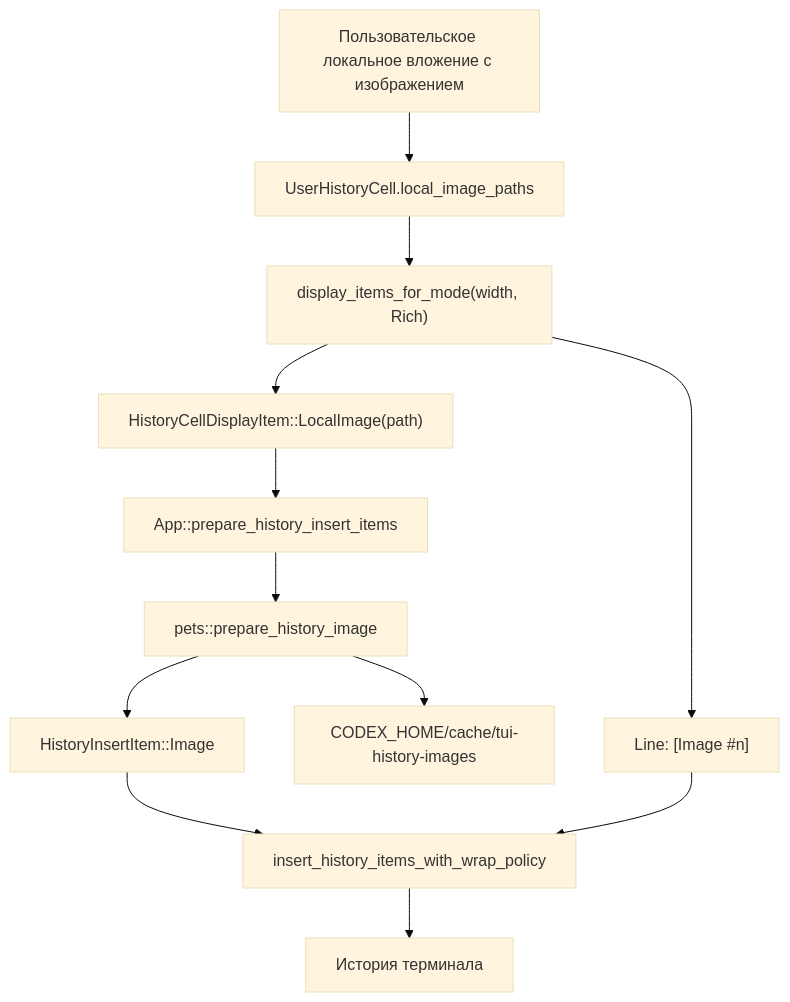
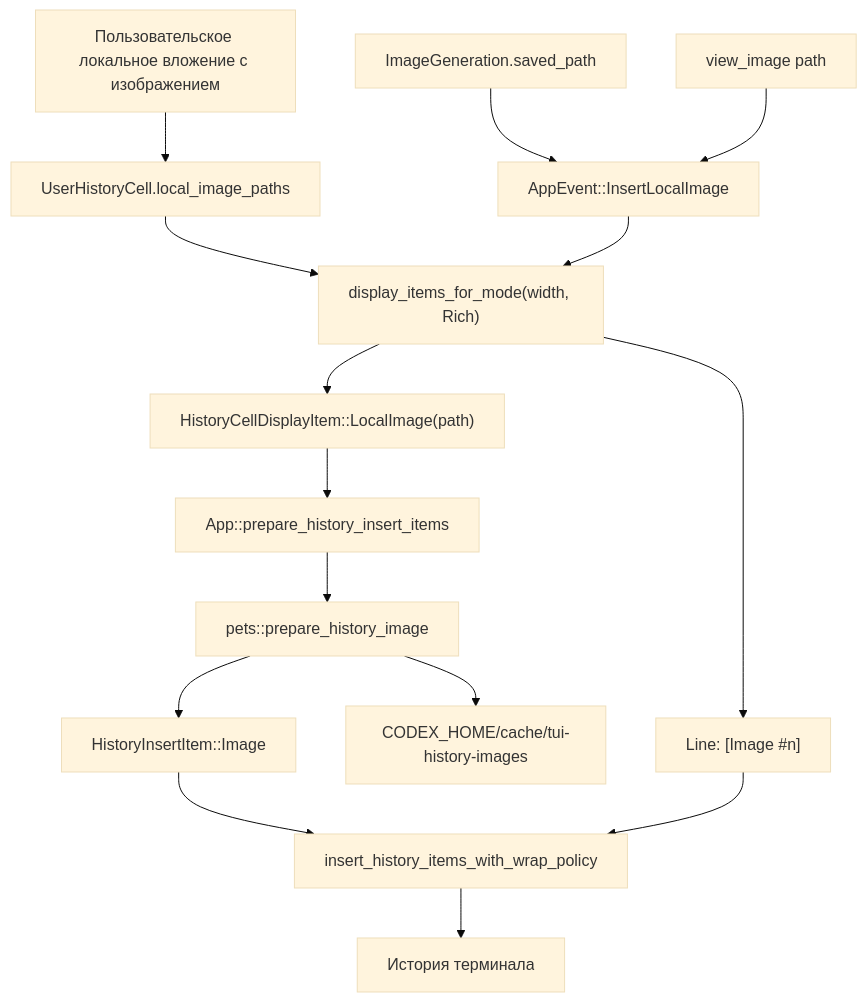
Before and after one commit to evil-cats/codex: the diagram in docs/architecture/features/tui-history-image-previews.md, drawn with Mermaid (base theme). The commit also changed other lines of this file and 21 other files, not shown here.

````diff
--- a/docs/architecture/features/tui-history-image-previews.md
+++ b/docs/architecture/features/tui-history-image-previews.md
@@ -125,26 +139,32 @@
 ```mermaid
 flowchart TD
     Attachment["Пользовательское локальное вложение с изображением"]
+    Generated["ImageGeneration.saved_path"]
+    ViewImage["view_image path"]
     UserCell["UserHistoryCell.local_image_paths"]
+    AppEvent["AppEvent::InsertLocalImage"]
     Display["display_items_for_mode(width, Rich)"]
     Fallback["Line: [Image #n]"]
     Marker["HistoryCellDisplayItem::LocalImage(path)"]
     Prepare["App::prepare_history_insert_items"]
     Pets["pets::prepare_history_image"]
     Cache["CODEX_HOME/cache/tui-history-images"]
     Item["HistoryInsertItem::Image"]
     Writer["insert_history_items_with_wrap_policy"]
     Scrollback["История терминала"]
 
     Attachment --> UserCell
+    Generated --> AppEvent
+    ViewImage --> AppEvent
     UserCell --> Display
+    AppEvent --> Display
     Display --> Fallback
     Display --> Marker
     Marker --> Prepare
     Prepare --> Pets
     Pets --> Cache
     Pets --> Item
     Item --> Writer
     Fallback --> Writer
     Writer --> Scrollback
 ```
````
